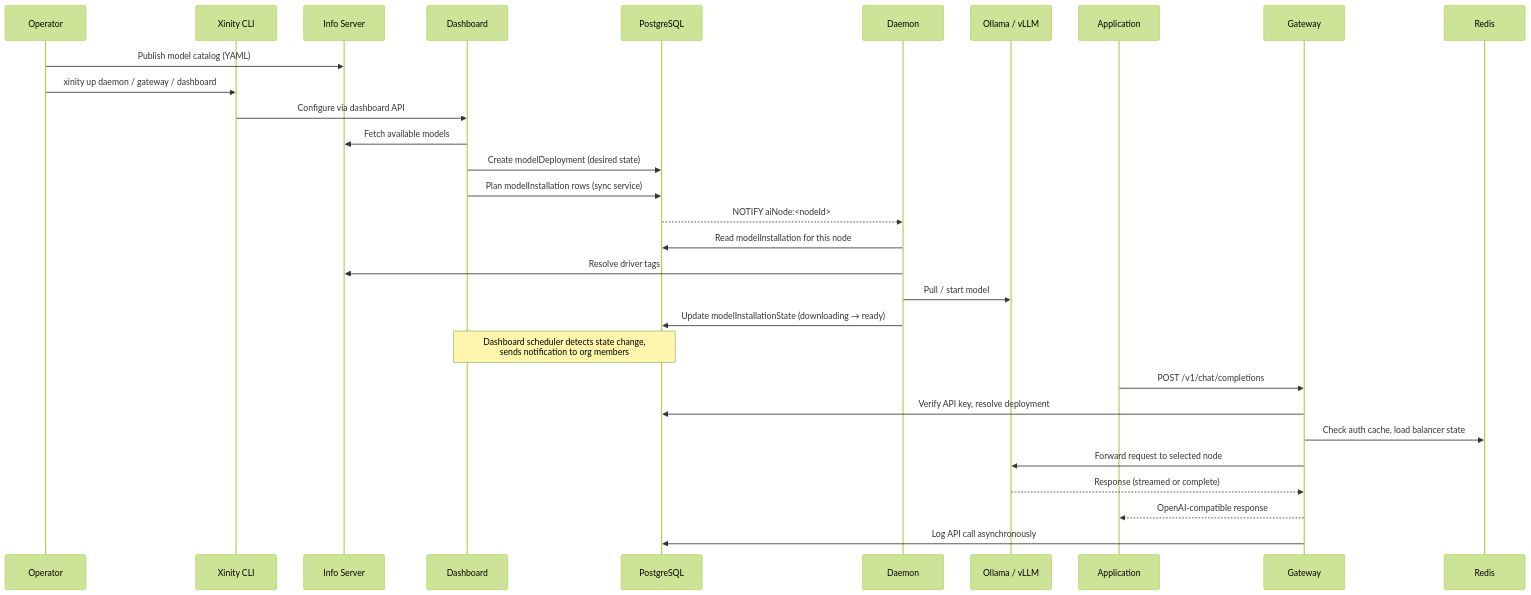
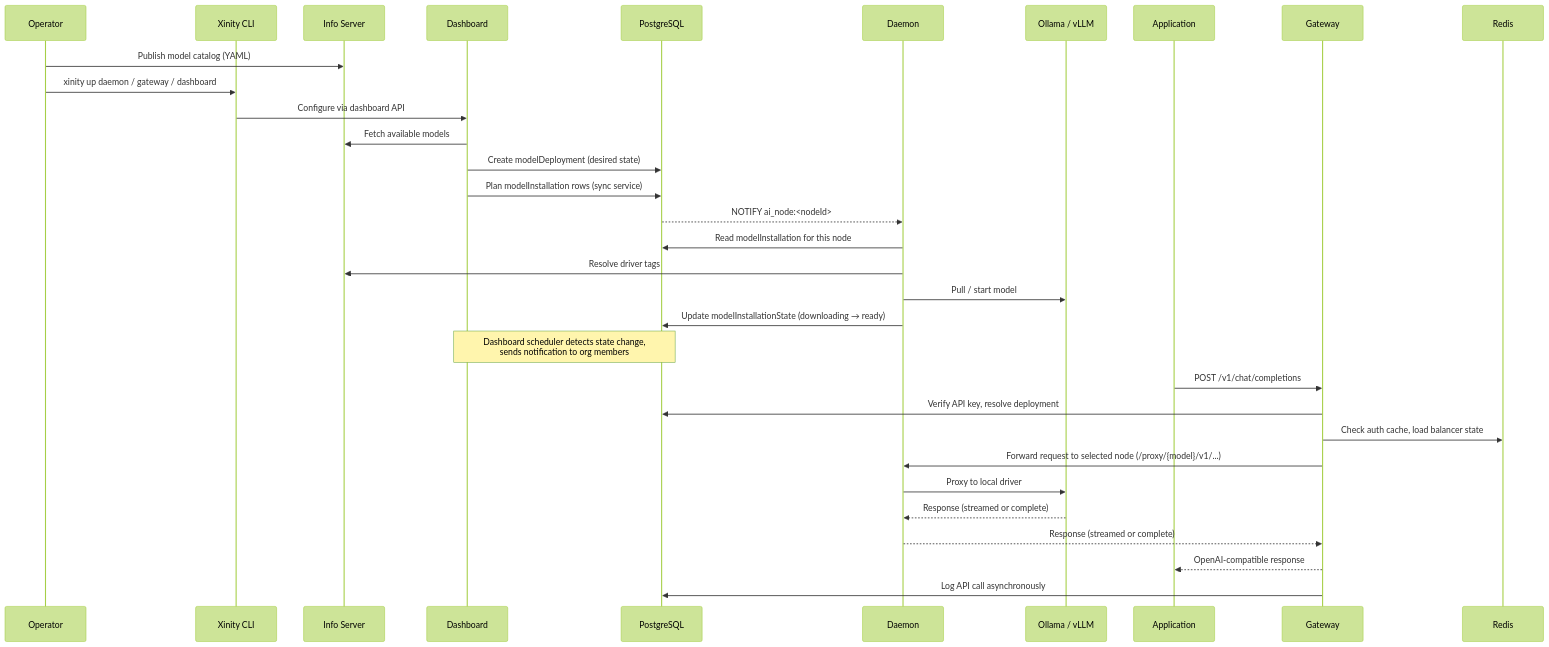
The third of 3 diagrams in docs/architecture.md (xinity-ai/xinity-ai), drawn with Mermaid (forest theme) before and after one commit. The commit also changed other lines of this file and 37 other files, not shown here.

````diff
--- a/docs/architecture.md
+++ b/docs/architecture.md
@@ -238,36 +240,39 @@
 ```mermaid
 sequenceDiagram
     participant Ops as Operator
     participant CLI as Xinity CLI
     participant Info as Info Server
     participant UI as Dashboard
     participant DB as PostgreSQL
     participant Daemon as Daemon
     participant Driver as Ollama / vLLM
+    participant App as Application
+    participant Gateway as Gateway
+    participant Redis as Redis
 
     Ops->>Info: Publish model catalog (YAML)
     Ops->>CLI: xinity up daemon / gateway / dashboard
     CLI->>UI: Configure via dashboard API
 
     UI->>Info: Fetch available models
     UI->>DB: Create modelDeployment (desired state)
     UI->>DB: Plan modelInstallation rows (sync service)
-    DB-->>Daemon: NOTIFY aiNode:<nodeId>
+    DB-->>Daemon: NOTIFY ai_node:<nodeId>
 
     Daemon->>DB: Read modelInstallation for this node
     Daemon->>Info: Resolve driver tags
     Daemon->>Driver: Pull / start model
     Daemon->>DB: Update modelInstallationState (downloading → ready)
 
     Note over UI,DB: Dashboard scheduler detects state change,<br/>sends notification to org members
 
     App->>Gateway: POST /v1/chat/completions
     Gateway->>DB: Verify API key, resolve deployment
     Gateway->>Redis: Check auth cache, load balancer state
-    Gateway->>Driver: Forward request to selected node
-    Driver-->>Gateway: Response (streamed or complete)
+    Gateway->>Daemon: Forward request to selected node (/proxy/{model}/v1/...)
+    Daemon->>Driver: Proxy to local driver
+    Driver-->>Daemon: Response (streamed or complete)
+    Daemon-->>Gateway: Response (streamed or complete)
     Gateway-->>App: OpenAI-compatible response
     Gateway->>DB: Log API call asynchronously
-
-    participant App as Application
 ```
````
